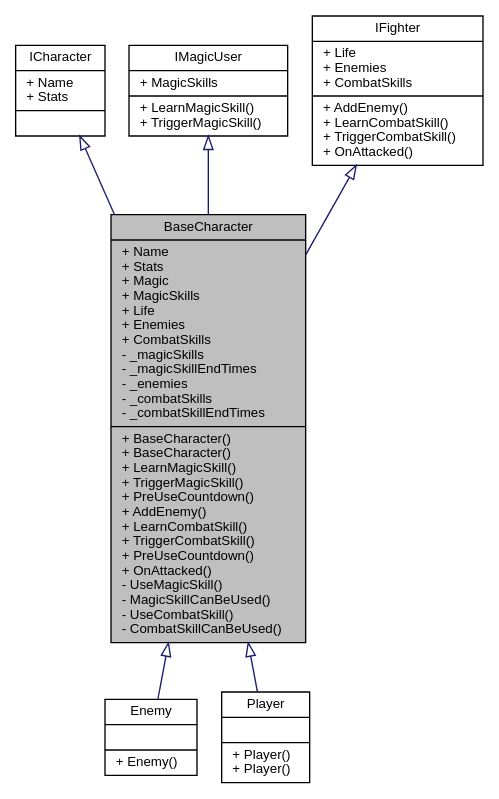
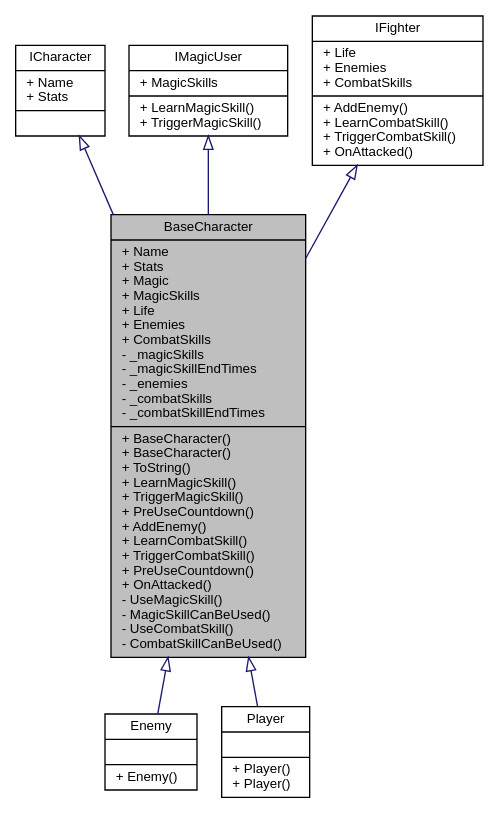
The diagram in df/dcc/class_action_rpg_kit_1_1_character_1_1_base_character__inherit__graph.dot (PaulSchweizer/ActionRpgKit), drawn with Graphviz before and after one commit. The commit also changed 376 other files, not shown here.

```diff
--- a/df/dcc/class_action_rpg_kit_1_1_character_1_1_base_character__inherit__graph.dot
+++ b/df/dcc/class_action_rpg_kit_1_1_character_1_1_base_character__inherit__graph.dot
@@ -1,17 +1,17 @@
 digraph "BaseCharacter"
 {
  // INTERACTIVE_SVG=YES
   edge [fontname="Helvetica",fontsize="10",labelfontname="Helvetica",labelfontsize="10"];
   node [fontname="Helvetica",fontsize="10",shape=record];
-  Node1 [label="{BaseCharacter\n|+ Name\l+ Stats\l+ Magic\l+ MagicSkills\l+ Life\l+ Enemies\l+ CombatSkills\l- _magicSkills\l- _magicSkillEndTimes\l- _enemies\l- _combatSkills\l- _combatSkillEndTimes\l|+ BaseCharacter()\l+ BaseCharacter()\l+ LearnMagicSkill()\l+ TriggerMagicSkill()\l+ PreUseCountdown()\l+ AddEnemy()\l+ LearnCombatSkill()\l+ TriggerCombatSkill()\l+ PreUseCountdown()\l+ OnAttacked()\l- UseMagicSkill()\l- MagicSkillCanBeUsed()\l- UseCombatSkill()\l- CombatSkillCanBeUsed()\l}",height=0.2,width=0.4,color="black", fillcolor="grey75", style="filled" fontcolor="black"];
+  Node1 [label="{BaseCharacter\n|+ Name\l+ Stats\l+ Magic\l+ MagicSkills\l+ Life\l+ Enemies\l+ CombatSkills\l- _magicSkills\l- _magicSkillEndTimes\l- _enemies\l- _combatSkills\l- _combatSkillEndTimes\l|+ BaseCharacter()\l+ BaseCharacter()\l+ ToString()\l+ LearnMagicSkill()\l+ TriggerMagicSkill()\l+ PreUseCountdown()\l+ AddEnemy()\l+ LearnCombatSkill()\l+ TriggerCombatSkill()\l+ PreUseCountdown()\l+ OnAttacked()\l- UseMagicSkill()\l- MagicSkillCanBeUsed()\l- UseCombatSkill()\l- CombatSkillCanBeUsed()\l}",height=0.2,width=0.4,color="black", fillcolor="grey75", style="filled" fontcolor="black"];
   Node2 -> Node1 [dir="back",color="midnightblue",fontsize="10",style="solid",arrowtail="onormal",fontname="Helvetica"];
   Node2 [label="{ICharacter\n|+ Name\l+ Stats\l|}",height=0.2,width=0.4,color="black", fillcolor="white", style="filled",URL="$d2/df8/interface_action_rpg_kit_1_1_character_1_1_i_character.xhtml",tooltip="Characters populate the game world. They are defined by Stats."];
   Node3 -> Node1 [dir="back",color="midnightblue",fontsize="10",style="solid",arrowtail="onormal",fontname="Helvetica"];
   Node3 [label="{IMagicUser\n|+ MagicSkills\l|+ LearnMagicSkill()\l+ TriggerMagicSkill()\l}",height=0.2,width=0.4,color="black", fillcolor="white", style="filled",URL="$dd/db0/interface_action_rpg_kit_1_1_character_1_1_i_magic_user.xhtml",tooltip="Character can use Magic."];
   Node4 -> Node1 [dir="back",color="midnightblue",fontsize="10",style="solid",arrowtail="onormal",fontname="Helvetica"];
   Node4 [label="{IFighter\n|+ Life\l+ Enemies\l+ CombatSkills\l|+ AddEnemy()\l+ LearnCombatSkill()\l+ TriggerCombatSkill()\l+ OnAttacked()\l}",height=0.2,width=0.4,color="black", fillcolor="white", style="filled",URL="$df/d5e/interface_action_rpg_kit_1_1_character_1_1_i_fighter.xhtml",tooltip="Character can fight."];
   Node1 -> Node5 [dir="back",color="midnightblue",fontsize="10",style="solid",arrowtail="onormal",fontname="Helvetica"];
   Node5 [label="{Enemy\n||+ Enemy()\l}",height=0.2,width=0.4,color="black", fillcolor="white", style="filled",URL="$d2/df0/class_action_rpg_kit_1_1_character_1_1_enemy.xhtml",tooltip="Representation of a Hostile, game controlled character."];
   Node1 -> Node6 [dir="back",color="midnightblue",fontsize="10",style="solid",arrowtail="onormal",fontname="Helvetica"];
   Node6 [label="{Player\n||+ Player()\l+ Player()\l}",height=0.2,width=0.4,color="black", fillcolor="white", style="filled",URL="$d7/dd8/class_action_rpg_kit_1_1_character_1_1_player.xhtml",tooltip="Representation of a Player controllable character."];
 }
```
